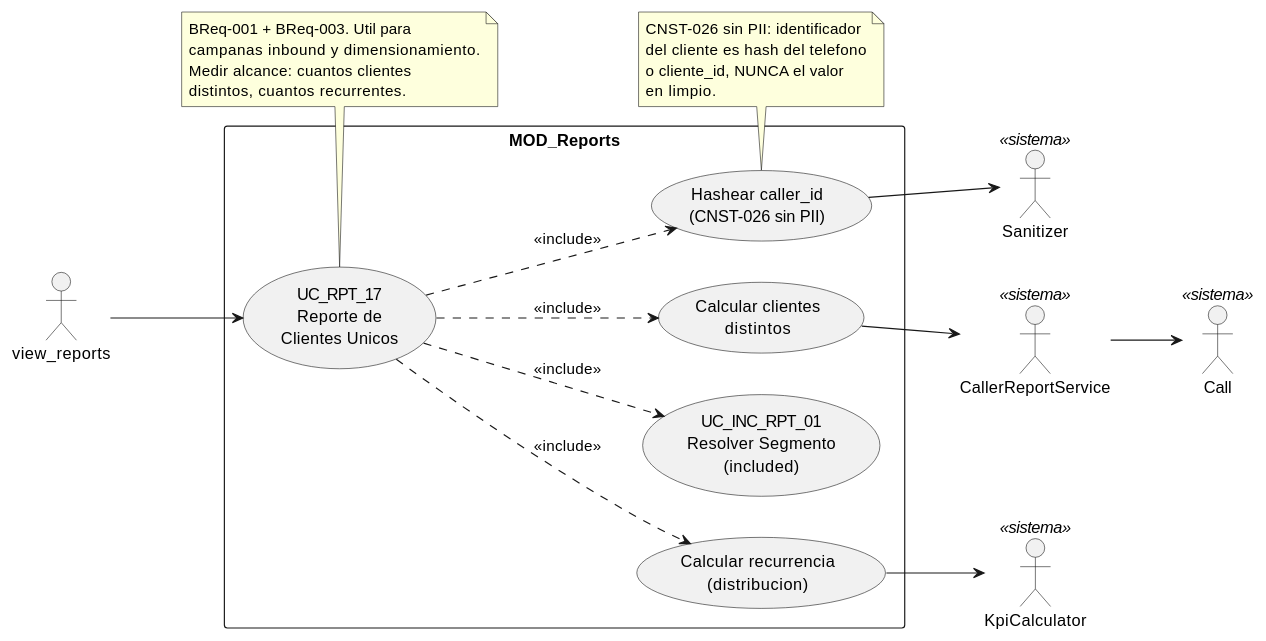
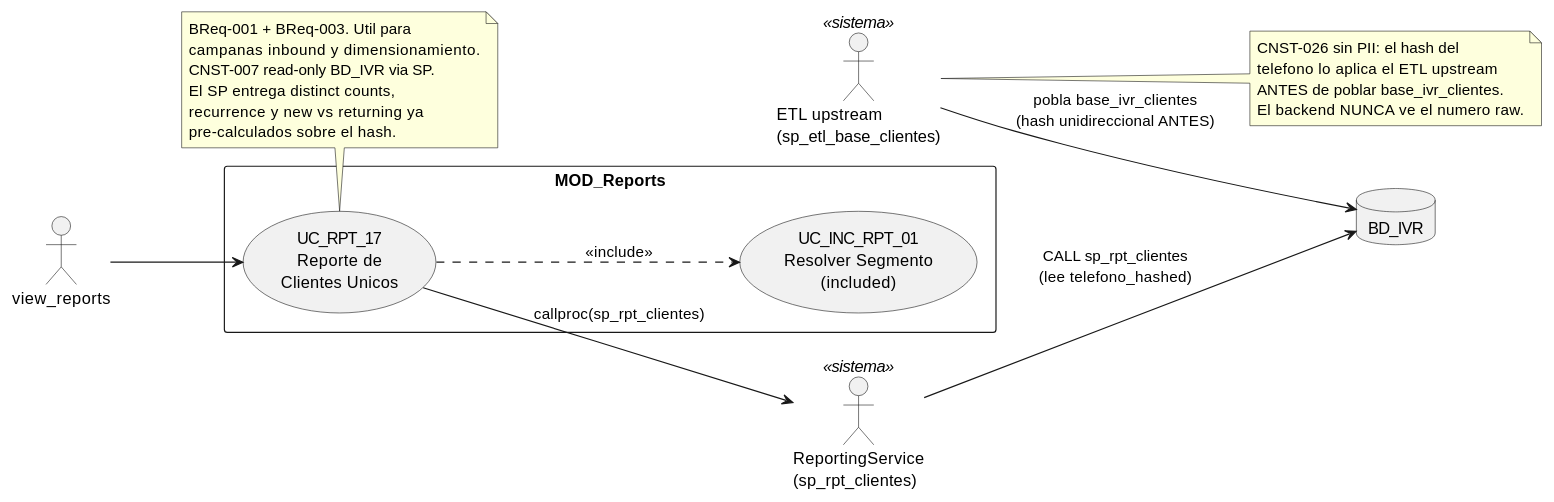
The diagram in source/requisitos/casos-uso/reports/uc-rpt-17/diagramas-uml/diagrama-de-caso-de-uso.rst (jcg-admin/IACT-docs), drawn with PlantUML before and after one commit. The commit also changed 8 other files, not shown here.

```diff
--- a/source/requisitos/casos-uso/reports/uc-rpt-17/diagramas-uml/diagrama-de-caso-de-uso.rst
+++ b/source/requisitos/casos-uso/reports/uc-rpt-17/diagramas-uml/diagrama-de-caso-de-uso.rst
@@ -4,47 +4,40 @@
 .. uml::
  :caption: UC_RPT_17 — actores y casos asociados
 
  @startuml
 
  left to right direction
 
- actor "view_reports" as INVOKER
- actor "CallerReportService" as SVC <<sistema>>
- actor "Sanitizer" as SAN <<sistema>>
- actor "Call" as CALL <<sistema>>
- actor "KpiCalculator" as KPI <<sistema>>
+ actor "view_reports" as view_reports
+ actor "ReportingService\n(sp_rpt_clientes)" as ReportingService <<sistema>>
+ actor "ETL upstream\n(sp_etl_base_clientes)" as EtlAnonimizador <<sistema>>
+ database "BD_IVR" as BdIvrLegacy
 
  rectangle "MOD_Reports" {
    usecase "UC_RPT_17\nReporte de\nClientes Unicos" as UC_RPT_17
    usecase "UC_INC_RPT_01\nResolver Segmento\n(included)" as UC_INC_RPT_01
-   usecase "Hashear caller_id\n(CNST-026 sin PII)" as HASH
-   usecase "Calcular clientes\ndistintos" as METRIC_UNIQUE
-   usecase "Calcular recurrencia\n(distribucion)" as METRIC_RECUR
  }
 
- INVOKER --> UC_RPT_17
+ view_reports --> UC_RPT_17
  UC_RPT_17 ..> UC_INC_RPT_01 : <<include>>
- UC_RPT_17 ..> HASH : <<include>>
- UC_RPT_17 ..> METRIC_UNIQUE : <<include>>
- UC_RPT_17 ..> METRIC_RECUR : <<include>>
+ UC_RPT_17 --> ReportingService : callproc(sp_rpt_clientes)
+ ReportingService --> BdIvrLegacy : CALL sp_rpt_clientes\n(lee telefono_hashed)
+ EtlAnonimizador --> BdIvrLegacy : pobla base_ivr_clientes\n(hash unidireccional ANTES)
 
- HASH --> SAN
- METRIC_UNIQUE --> SVC
- METRIC_RECUR --> KPI
- SVC --> CALL
-
- note bottom of HASH
-   CNST-026 sin PII: identificador
-   del cliente es hash del telefono
-   o cliente_id, NUNCA el valor
-   en limpio.
+ note right of EtlAnonimizador
+   CNST-026 sin PII: el hash del
+   telefono lo aplica el ETL upstream
+   ANTES de poblar base_ivr_clientes.
+   El backend NUNCA ve el numero raw.
  end note
 
  note bottom of UC_RPT_17
    BReq-001 + BReq-003. Util para
    campanas inbound y dimensionamiento.
-   Medir alcance: cuantos clientes
-   distintos, cuantos recurrentes.
+   CNST-007 read-only BD_IVR via SP.
+   El SP entrega distinct counts,
+   recurrence y new vs returning ya
+   pre-calculados sobre el hash.
  end note
 
  @enduml
```
